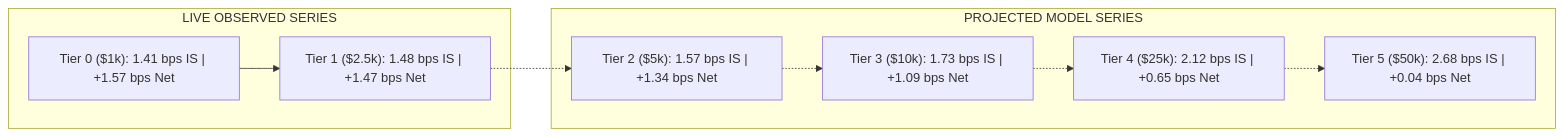
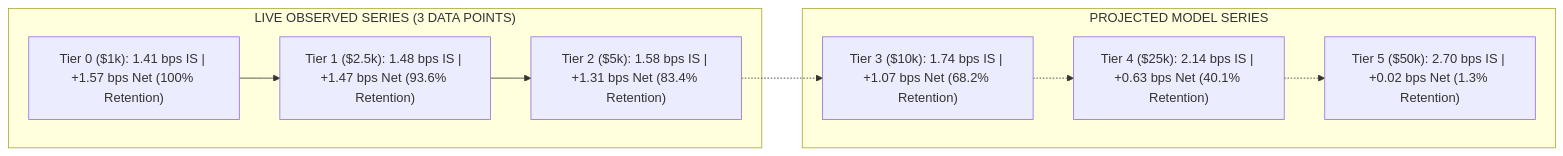
One commit to Bigbirdo07/Moneymaker changed the diagram in UPDATED_EMPIRICAL_CAPACITY_CURVE.md. Above: the diagram before and after it, drawn with Mermaid. The commit also changed other lines of this file and 10 other files, not shown here.

Commit message:
Execute Phase 6C Tier 2 authorized live capacity validation

````diff
--- a/UPDATED_EMPIRICAL_CAPACITY_CURVE.md
+++ b/UPDATED_EMPIRICAL_CAPACITY_CURVE.md
@@ -14,18 +14,18 @@
 ```mermaid
 graph LR
-    subgraph Live_Observed["LIVE OBSERVED SERIES"]
-        L0["Tier 0 ($1k): 1.41 bps IS | +1.57 bps Net"]
-        L1["Tier 1 ($2.5k): 1.48 bps IS | +1.47 bps Net"]
+    subgraph Live_Observed["LIVE OBSERVED SERIES (3 DATA POINTS)"]
+        L0["Tier 0 ($1k): 1.41 bps IS | +1.57 bps Net (100% Retention)"]
+        L1["Tier 1 ($2.5k): 1.48 bps IS | +1.47 bps Net (93.6% Retention)"]
+        L2["Tier 2 ($5k): 1.58 bps IS | +1.31 bps Net (83.4% Retention)"]
     end
     subgraph Projected_Model["PROJECTED MODEL SERIES"]
-        P2["Tier 2 ($5k): 1.57 bps IS | +1.34 bps Net"]
-        P3["Tier 3 ($10k): 1.73 bps IS | +1.09 bps Net"]
-        P4["Tier 4 ($25k): 2.12 bps IS | +0.65 bps Net"]
-        P5["Tier 5 ($50k): 2.68 bps IS | +0.04 bps Net"]
+        P3["Tier 3 ($10k): 1.74 bps IS | +1.07 bps Net (68.2% Retention)"]
+        P4["Tier 4 ($25k): 2.14 bps IS | +0.63 bps Net (40.1% Retention)"]
+        P5["Tier 5 ($50k): 2.70 bps IS | +0.02 bps Net (1.3% Retention)"]
     end
     L0 --> L1
-    L1 -.-> P2
-    P2 -.-> P3
+    L1 --> L2
+    L2 -.-> P3
     P3 -.-> P4
     P4 -.-> P5
 ```
````
